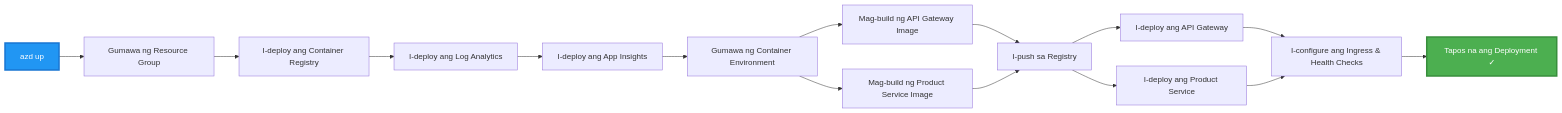
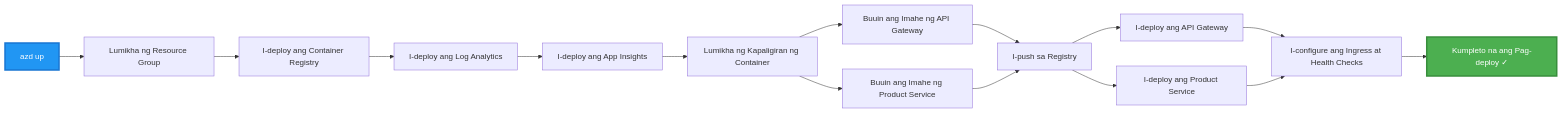
Before and after one commit to microsoft/AZD-for-beginners: the third of 4 diagrams in translations/tl/examples/microservices/README.md, drawn with Mermaid. The commit also changed other lines of this file and 242 other files, not shown here.

````diff
--- a/translations/tl/examples/microservices/README.md
+++ b/translations/tl/examples/microservices/README.md
@@ -242,20 +233,20 @@
 ```mermaid
 graph LR
-    A[azd up] --> B[Gumawa ng Resource Group]
+    A[azd up] --> B[Lumikha ng Resource Group]
     B --> C[I-deploy ang Container Registry]
     C --> D[I-deploy ang Log Analytics]
     D --> E[I-deploy ang App Insights]
-    E --> F[Gumawa ng Container Environment]
-    F --> G[Mag-build ng API Gateway Image]
-    F --> H[Mag-build ng Product Service Image]
+    E --> F[Lumikha ng Kapaligiran ng Container]
+    F --> G[Buuin ang Imahe ng API Gateway]
+    F --> H[Buuin ang Imahe ng Product Service]
     G --> I[I-push sa Registry]
     H --> I
     I --> J[I-deploy ang API Gateway]
     I --> K[I-deploy ang Product Service]
-    J --> L[I-configure ang Ingress & Health Checks]
+    J --> L[I-configure ang Ingress at Health Checks]
     K --> L
-    L --> M[Tapos na ang Deployment ✓]
+    L --> M[Kumpleto na ang Pag-deploy ✓]
     
     style A fill:#2196F3,stroke:#1976D2,stroke-width:3px,color:#fff
     style M fill:#4CAF50,stroke:#388E3C,stroke-width:3px,color:#fff
 ```
````
